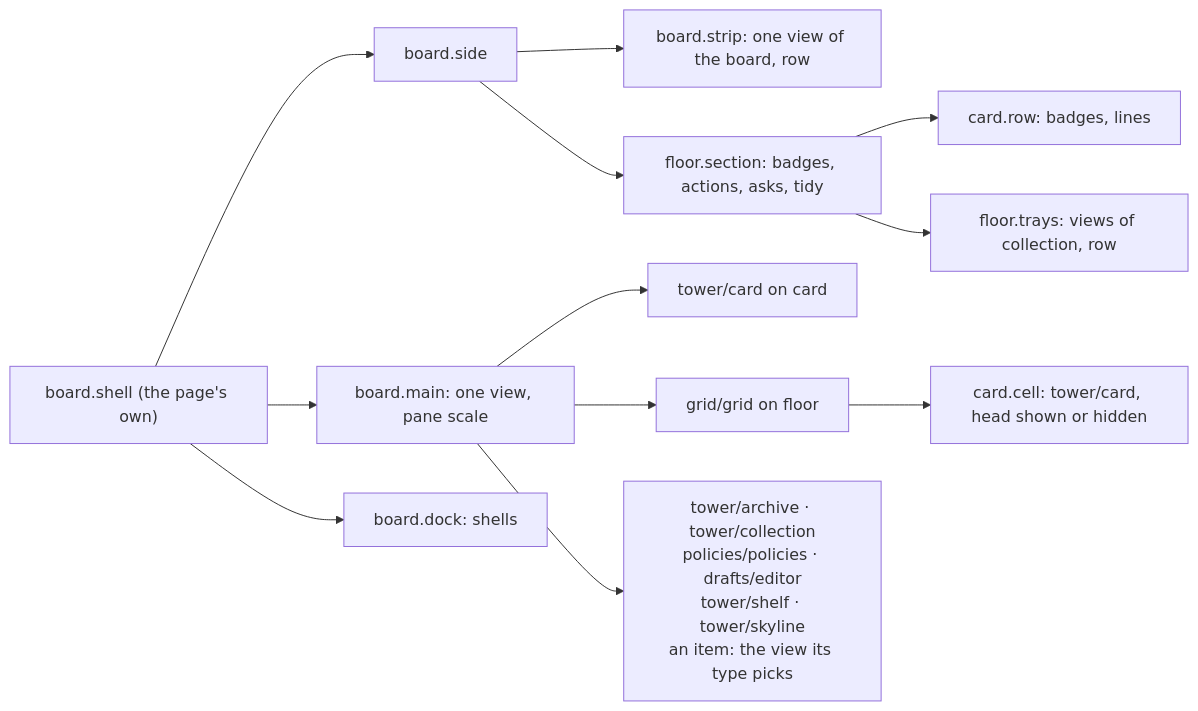
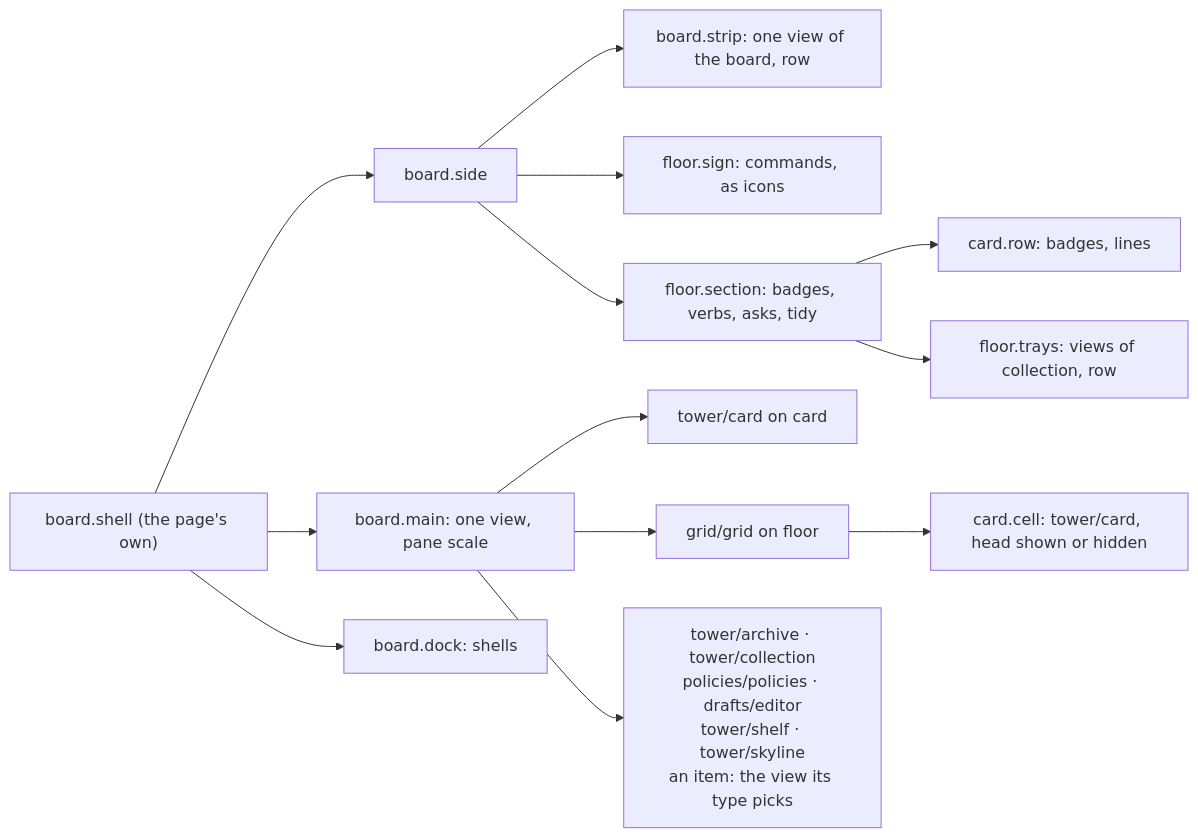
One commit to RegiByte/the-tower changed the second of 6 diagrams in kb/entities/decisions/ui-model.md. Above: the diagram before and after it, drawn with Mermaid. The commit also changed other lines of this file and 11 other files, not shown here.

First line of the commit message:
The floor's sign draws extensions' commands as icons: drafts' new draft is one

````diff
--- a/kb/entities/decisions/ui-model.md
+++ b/kb/entities/decisions/ui-model.md
@@ -294,14 +295,15 @@
 ```mermaid
 flowchart LR
   board["board.shell (the page's own)"] --> side["board.side"]
   board --> main["board.main: one view, pane scale"]
   board --> dock["board.dock: shells"]
   side --> strip["board.strip: one view of the board, row"]
-  side --> fsec["floor.section: badges, actions, asks, tidy"]
+  side --> sign["floor.sign: commands, as icons"]
+  side --> fsec["floor.section: badges, verbs, asks, tidy"]
   fsec --> row["card.row: badges, lines"]
   fsec --> trays["floor.trays: views of collection, row"]
   main --> card["tower/card on card"]
   main --> grid["grid/grid on floor"]
   main --> others["tower/archive · tower/collection<br/>policies/policies · drafts/editor<br/>tower/shelf · tower/skyline<br/>an item: the view its type picks"]
   grid --> cell["card.cell: tower/card, head shown or hidden"]
 ```
````
